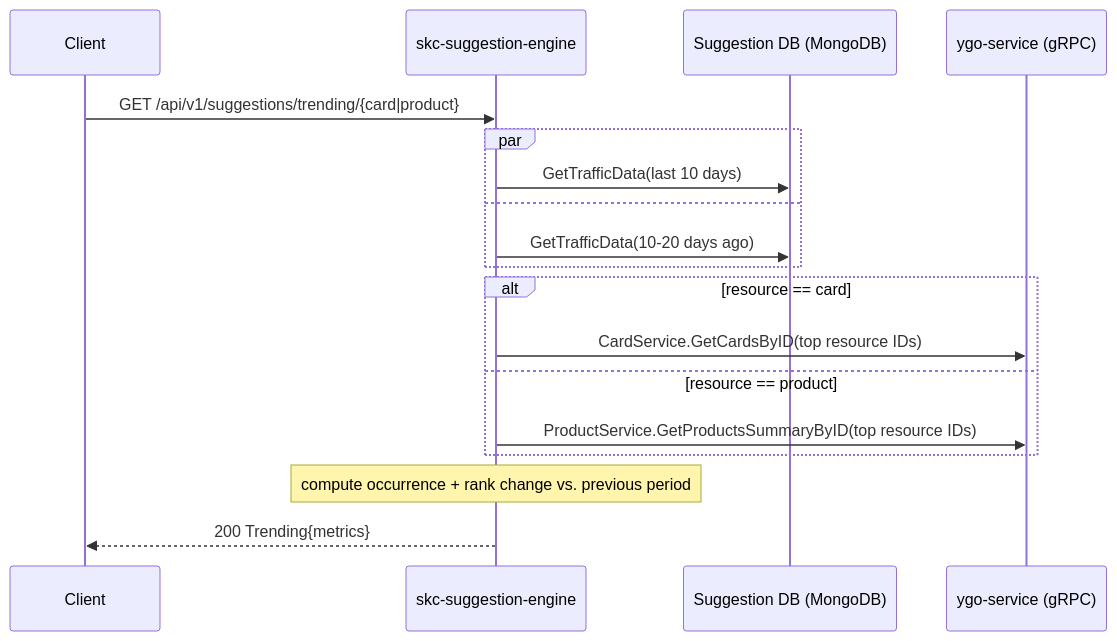
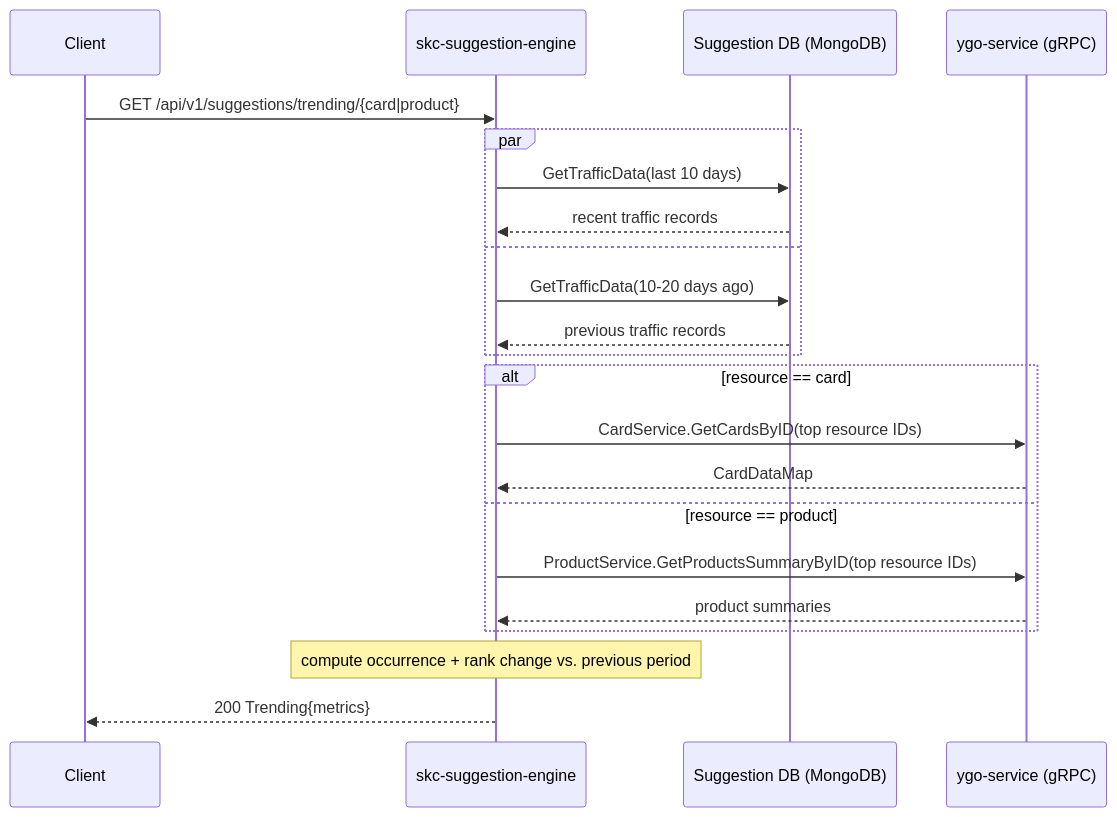
Diagram 11 of 13 in SYSTEM_DESIGN.md (ygo-skc/skc-suggestion-engine), drawn with Mermaid before and after one commit. The commit also changed other lines of this file, not shown here.

Commit message:
Updated docs with recent changes

````diff
--- a/SYSTEM_DESIGN.md
+++ b/SYSTEM_DESIGN.md
@@ -229,21 +254,25 @@
 ```mermaid
 sequenceDiagram
     participant Client
     participant API as skc-suggestion-engine
     participant DB as Suggestion DB (MongoDB)
     participant YGO as ygo-service (gRPC)
 
     Client->>API: GET /api/v1/suggestions/trending/{card|product}
     par
         API->>DB: GetTrafficData(last 10 days)
+        DB-->>API: recent traffic records
     and
         API->>DB: GetTrafficData(10-20 days ago)
+        DB-->>API: previous traffic records
     end
     alt resource == card
         API->>YGO: CardService.GetCardsByID(top resource IDs)
+        YGO-->>API: CardDataMap
     else resource == product
         API->>YGO: ProductService.GetProductsSummaryByID(top resource IDs)
+        YGO-->>API: product summaries
     end
     Note over API: compute occurrence + rank change vs. previous period
     API-->>Client: 200 Trending{metrics}
 ```
````
